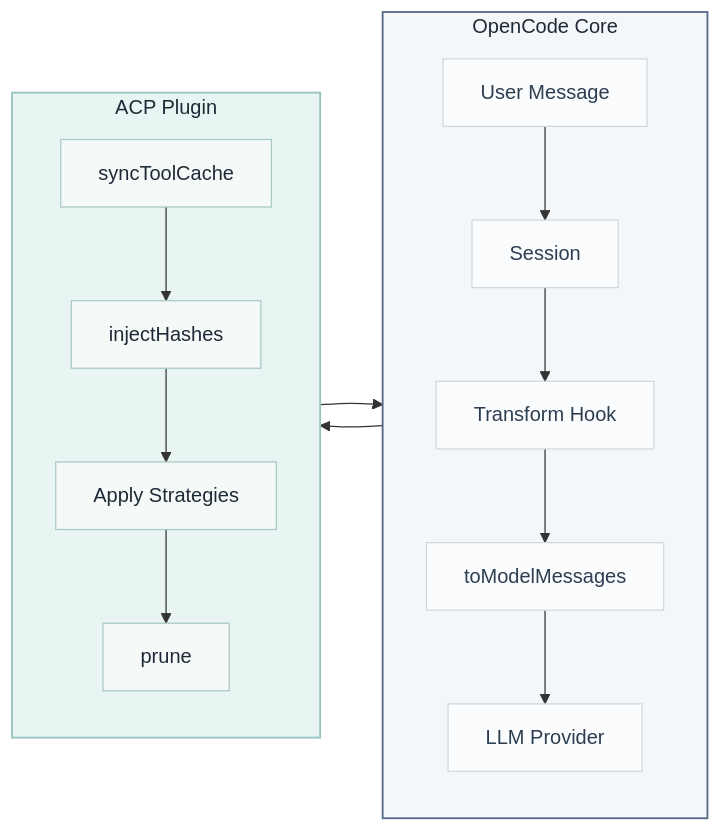
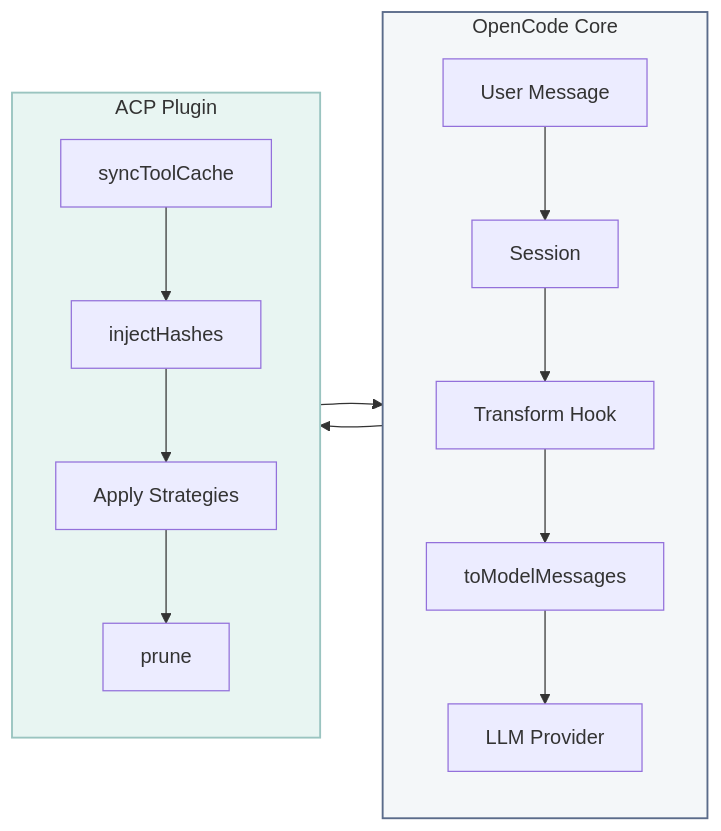
Before and after one commit to tuanhung303/opencode-agent-context-pruning: the second of 2 diagrams in README.md, drawn with Mermaid. The commit also changed other lines of this file and 1 other file, not shown here.

First line of the commit message:
docs: update README with comprehensive ACP documentation

````diff
--- a/README.md
+++ b/README.md
@@ -141,32 +358,22 @@
 ```mermaid
 flowchart LR
     subgraph OpenCode["OpenCode Core"]
         direction TB
         A[User Message] --> B[Session]
         B --> C[Transform Hook]
         C --> D[toModelMessages]
         D --> E[LLM Provider]
     end
 
     subgraph ACP["ACP Plugin"]
         direction TB
         C --> F[syncToolCache]
         F --> G[injectHashes]
         G --> H[Apply Strategies]
         H --> I[prune]
         I --> C
     end
 
-    %% Arctic Clarity Color Palette (Lightened)
-    style OpenCode fill:#F4F7F9,stroke:#5A6B8A,stroke-width:1.5px,color:#1E2A36
-    style ACP fill:#E8F5F2,stroke:#9AC4C0,stroke-width:1.5px,color:#1E2A36
-    style A fill:#FAFCFD,stroke:#D0D8E0,stroke-width:1px,color:#2D3E50
-    style B fill:#FAFCFD,stroke:#D0D8E0,stroke-width:1px,color:#2D3E50
-    style C fill:#FAFCFD,stroke:#D0D8E0,stroke-width:1px,color:#2D3E50
-    style D fill:#FAFCFD,stroke:#D0D8E0,stroke-width:1px,color:#2D3E50
-    style E fill:#FAFCFD,stroke:#D0D8E0,stroke-width:1px,color:#2D3E50
-    style F fill:#F5FAF9,stroke:#A8C9C5,stroke-width:1px,color:#1E2A36
-    style G fill:#F5FAF9,stroke:#A8C9C5,stroke-width:1px,color:#1E2A36
-    style H fill:#F5FAF9,stroke:#A8C9C5,stroke-width:1px,color:#1E2A36
-    style I fill:#F5FAF9,stroke:#A8C9C5,stroke-width:1px,color:#1E2A36
+    style OpenCode fill:#F4F7F9,stroke:#5A6B8A,stroke-width:1.5px
+    style ACP fill:#E8F5F2,stroke:#9AC4C0,stroke-width:1.5px
 ```
````
